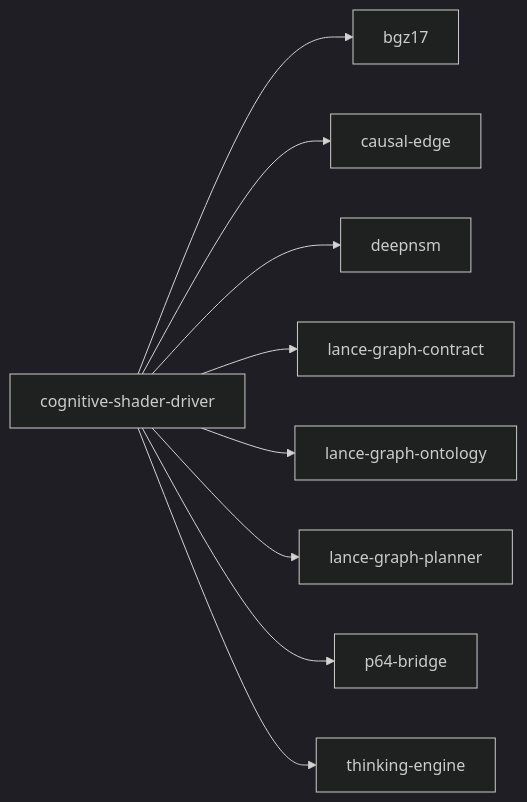
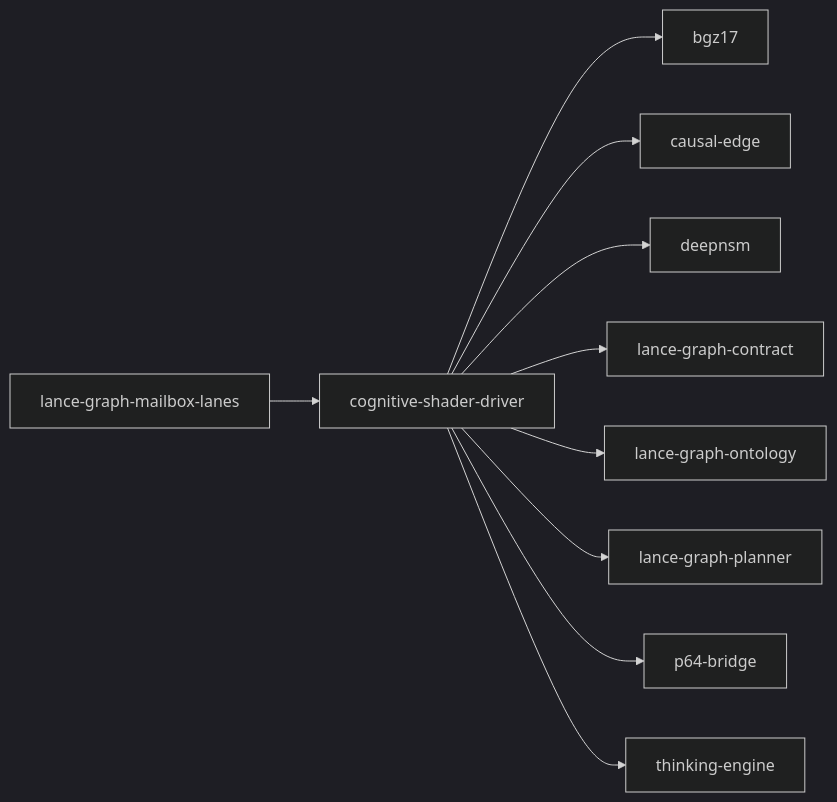
Before and after one commit to AdaWorldAPI/lance-graph: the diagram in .codegraph/crates/cognitive-shader-driver.index.md, drawn with Mermaid (dark theme). The commit also changed other lines of this file and 102 other files, not shown here.

````diff
--- a/.codegraph/crates/cognitive-shader-driver.index.md
+++ b/.codegraph/crates/cognitive-shader-driver.index.md
@@ -366,20 +367,22 @@
 ```mermaid
 flowchart LR
   n2["bgz17"]
   n3["causal-edge"]
   n7["cognitive-shader-driver"]
   n11["deepnsm"]
   n45["lance-graph-contract"]
-  n59["lance-graph-ontology"]
-  n61["lance-graph-planner"]
-  n78["p64-bridge"]
-  n94["thinking-engine"]
+  n53["lance-graph-mailbox-lanes"]
+  n60["lance-graph-ontology"]
+  n62["lance-graph-planner"]
+  n79["p64-bridge"]
+  n95["thinking-engine"]
   n7 --> n2
   n7 --> n3
   n7 --> n11
   n7 --> n45
-  n7 --> n59
-  n7 --> n61
-  n7 --> n78
-  n7 --> n94
+  n7 --> n60
+  n7 --> n62
+  n7 --> n79
+  n7 --> n95
+  n53 --> n7
 ```
````
